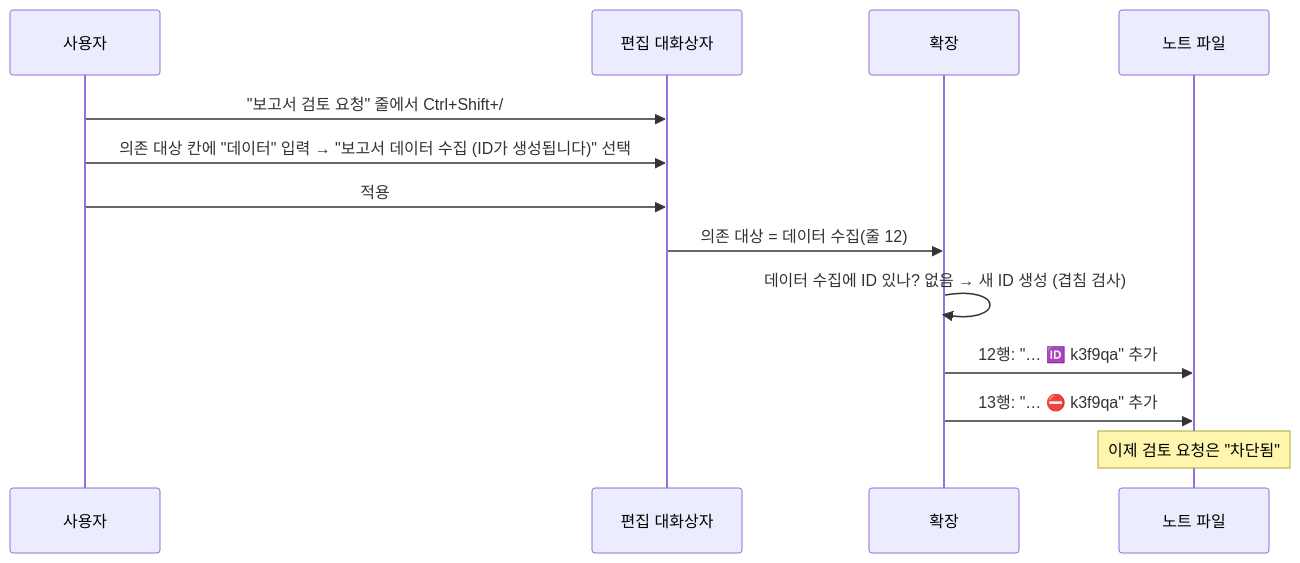
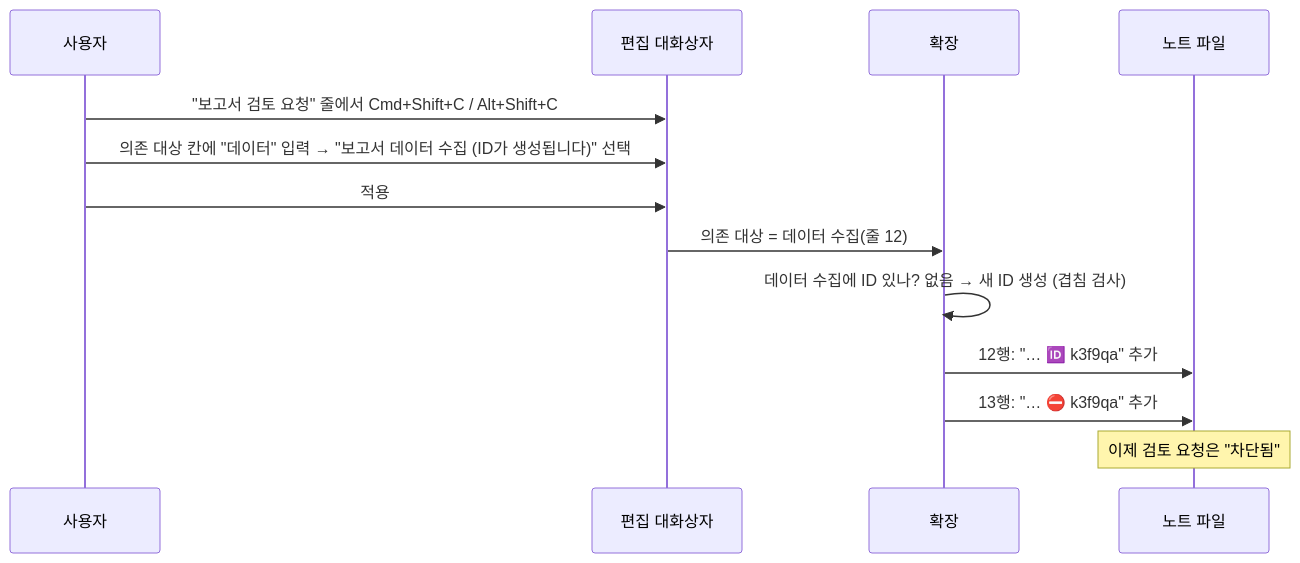
Before and after one commit to W-Leester/tasks-for-markdown: the first of 7 diagrams in docs/dependencies-guide.md, drawn with Mermaid. The commit also changed other lines of this file and 18 other files, not shown here.

Commit message:
feat: dialog key Cmd+Shift+C (macOS) / Alt+Shift+C (Windows, Linux), scoped to Markdown, the rendered view and our sidebar; the rendered view's selected row is what the dialog opens; 'Tasks: Keyboard shortcuts' opens the shortcuts editor for this extension

````diff
--- a/docs/dependencies-guide.md
+++ b/docs/dependencies-guide.md
@@ -40,16 +40,16 @@
 ```mermaid
 sequenceDiagram
     participant U as 사용자
     participant D as 편집 대화상자
     participant X as 확장
     participant F as 노트 파일
 
-    U->>D: "보고서 검토 요청" 줄에서 Ctrl+Shift+/
+    U->>D: "보고서 검토 요청" 줄에서 Cmd+Shift+C / Alt+Shift+C
     U->>D: 의존 대상 칸에 "데이터" 입력 → "보고서 데이터 수집 (ID가 생성됩니다)" 선택
     U->>D: 적용
     D->>X: 의존 대상 = 데이터 수집(줄 12)
     X->>X: 데이터 수집에 ID 있나? 없음 → 새 ID 생성 (겹침 검사)
     X->>F: 12행: "… 🆔 k3f9qa" 추가
     X->>F: 13행: "… ⛔ k3f9qa" 추가
     Note over F: 이제 검토 요청은 "차단됨"
 ```
````
